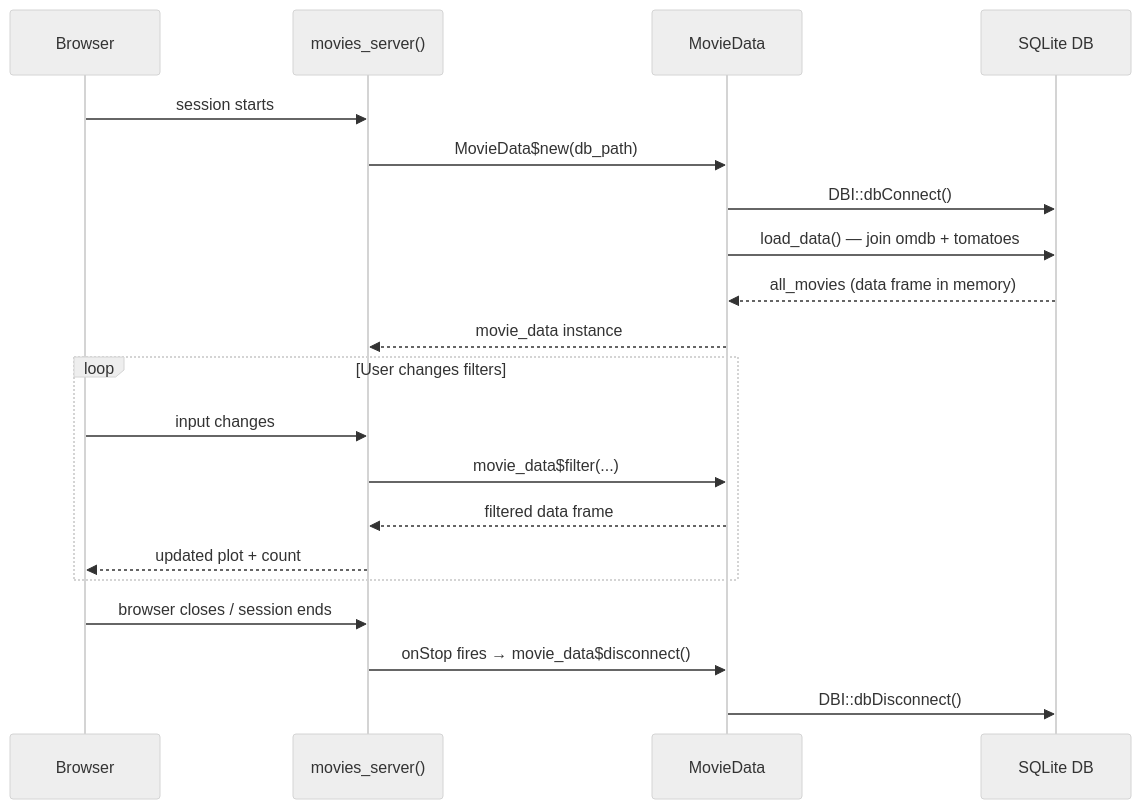
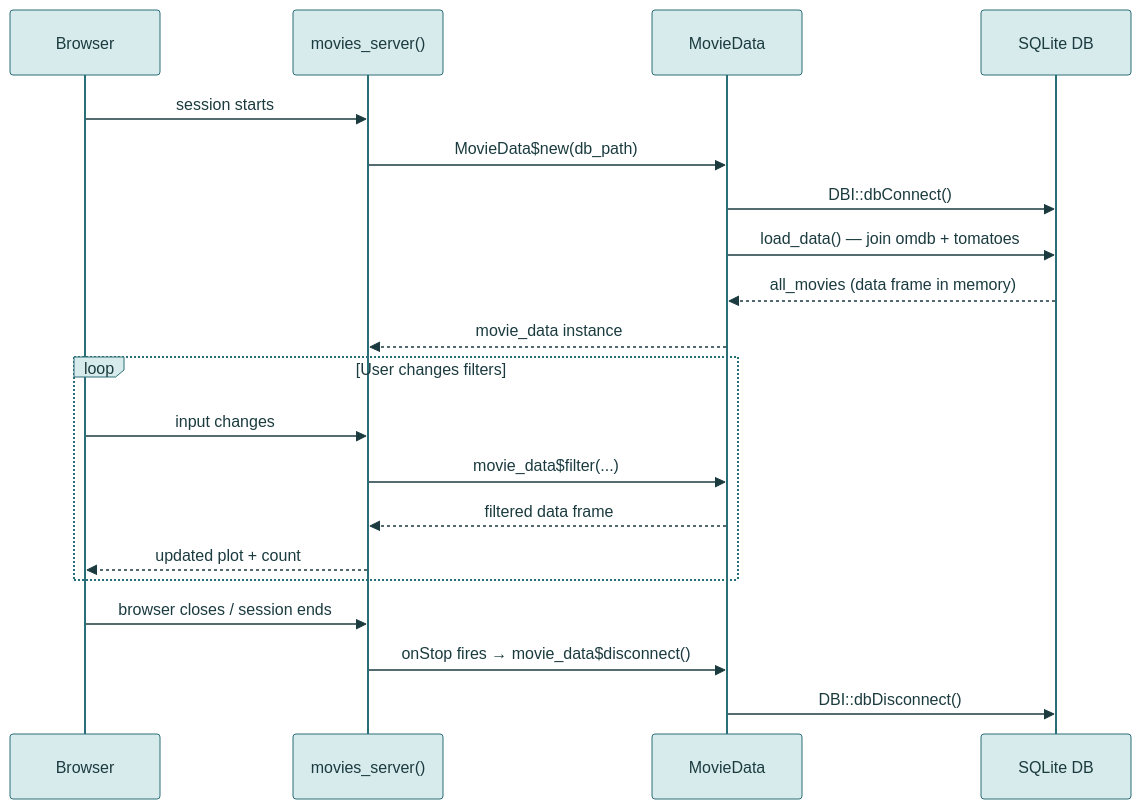
One commit to mjfrigaard/shiny-app-pkgs changed the fourth of 4 diagrams in r6.qmd. Above: the diagram before and after it, drawn with Mermaid. The commit also changed other lines of this file and 22 other files, not shown here.

First line of the commit message:
Standardize mermaid diagrams on the site teal palette

````diff
--- a/r6.qmd
+++ b/r6.qmd
@@ -528,31 +538,31 @@
 ```{mermaid}
 %%| fig-cap: 'Session Lifecycle'
 %%| fig-align: center
 %%| eval: true 
 %%| echo: false 
-%%{init: {'theme': 'neutral', 'themeVariables': { 'fontFamily': 'monospace', "fontSize":"16px"}}}%%
+%%{init: {'theme': 'base', 'themeVariables': { 'fontFamily': 'monospace', "fontSize":"16px", "primaryColor":"#D7EBEC", "primaryTextColor":"#1B3B3F", "primaryBorderColor":"#2A6F77", "lineColor":"#5A7F83", "edgeLabelBackground":"#FFFFFF", "clusterBkg":"#F3F8F8", "clusterBorder":"#2A6F77", "darkMode":false}}}%%
 
 sequenceDiagram
   participant Usr as Browser
   participant Srv as movies_server()
   participant R6 as MovieData
   participant DB as SQLite DB
 
   Usr->>Srv: session starts
   Srv->>R6: MovieData$new(db_path)
   R6->>DB: DBI::dbConnect()
   R6->>DB: load_data() — join omdb + tomatoes
   DB-->>R6: all_movies (data frame in memory)
   R6-->>Srv: movie_data instance
 
   loop User changes filters
     Usr->>Srv: input changes
     Srv->>R6: movie_data$filter(...)
     R6-->>Srv: filtered data frame
     Srv-->>Usr: updated plot + count
   end
 
   Usr->>Srv: browser closes / session ends
   Srv->>R6: onStop fires → movie_data$disconnect()
   R6->>DB: DBI::dbDisconnect()
 ```
````
